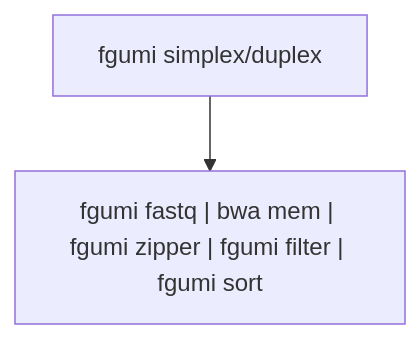
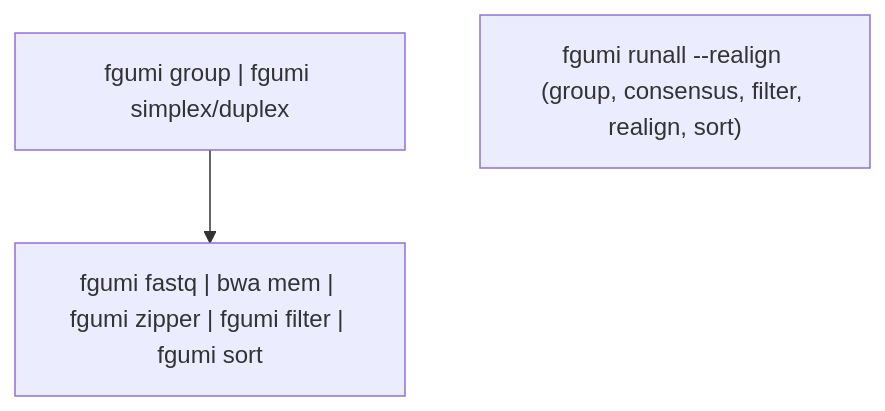
Before and after one commit to fulcrumgenomics/fgumi: the third of 5 diagrams in docs/src/guide/best-practices.md, drawn with Mermaid. The commit also changed other lines of this file and 13 other files, not shown here.

First line of the commit message:
docs: document fgumi realign across the guides (#1082)

````diff
--- a/docs/src/guide/best-practices.md
+++ b/docs/src/guide/best-practices.md
@@ -171,4 +171,5 @@
 ```mermaid
 graph TD;
-A["fgumi simplex/duplex"]-->B["fgumi fastq | bwa mem | fgumi zipper | fgumi filter | fgumi sort"];
+A["fgumi group | fgumi simplex/duplex"]-->B["fgumi fastq | bwa mem | fgumi zipper | fgumi filter | fgumi sort"];
+C["fgumi runall --realign (group, consensus, filter, realign, sort)"];
 ```
````
